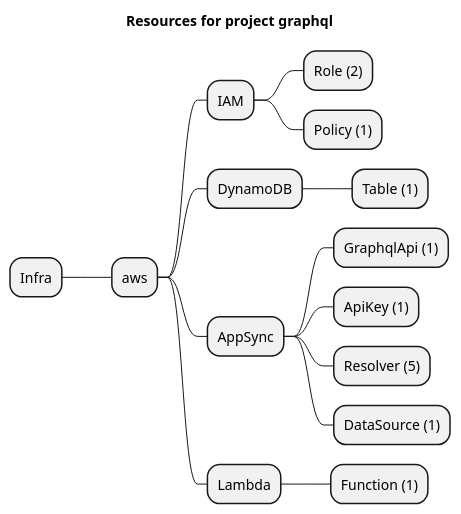
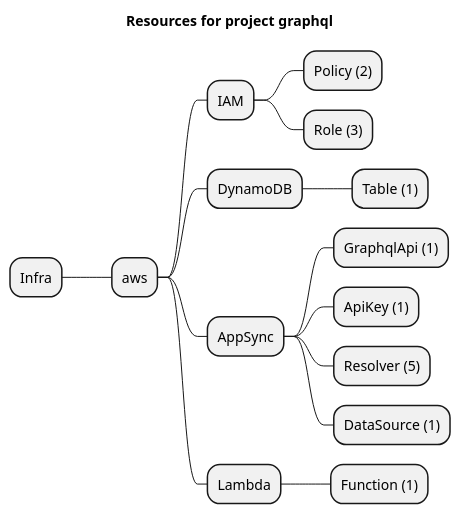
Before and after one commit to grucloud/grucloud: the diagram in examples/aws/appSync/graphql/artifacts/resources-mindmap.puml, drawn with PlantUML. The commit also changed 12 other files, not shown here.

```diff
--- a/examples/aws/appSync/graphql/artifacts/resources-mindmap.puml
+++ b/examples/aws/appSync/graphql/artifacts/resources-mindmap.puml
@@ -1,18 +1,18 @@
 @startmindmap
 title Resources for project graphql
 skinparam monochrome true
 + Infra
 ++ aws
 +++ IAM
-++++ Role (2)
-++++ Policy (1)
+++++ Policy (2)
+++++ Role (3)
 +++ DynamoDB
 ++++ Table (1)
 +++ AppSync
 ++++ GraphqlApi (1)
 ++++ ApiKey (1)
 ++++ Resolver (5)
 ++++ DataSource (1)
 +++ Lambda
 ++++ Function (1)
 @endmindmap
```
